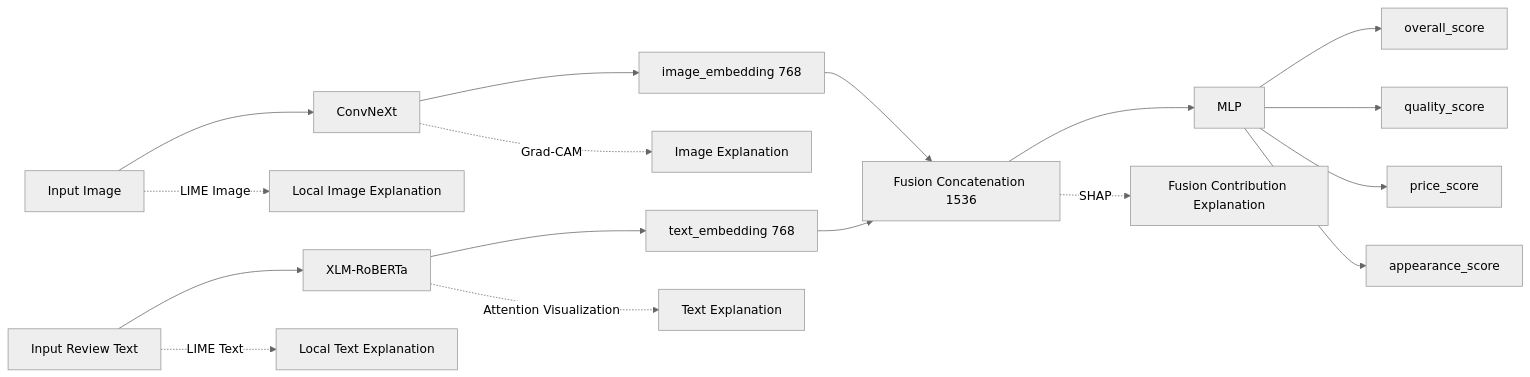
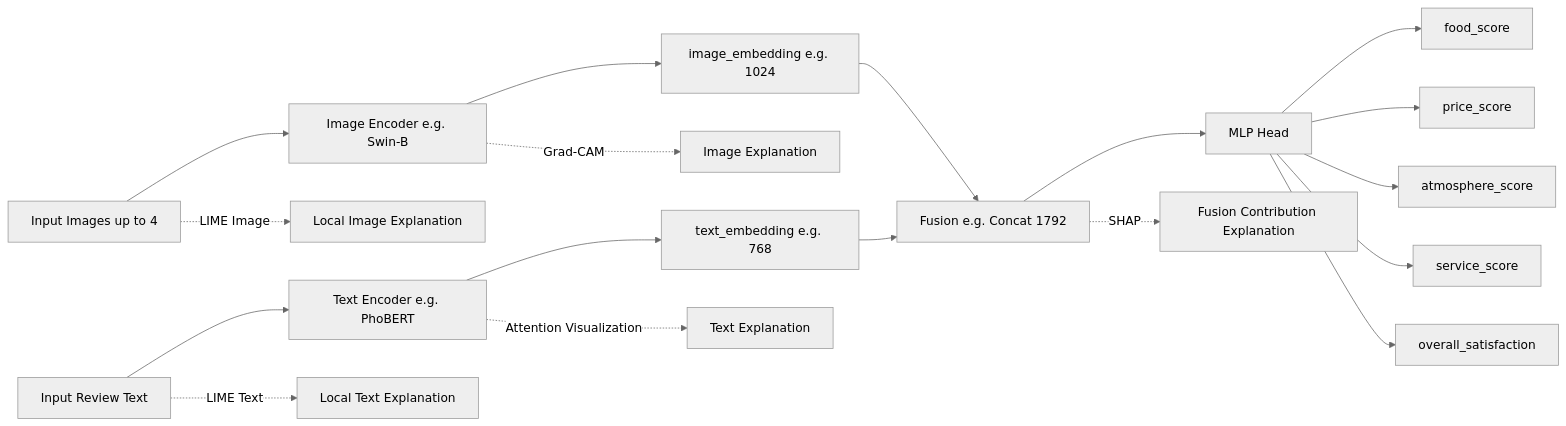
Before and after one commit to lechihoang/SE365: the first of 4 diagrams in doc/Explainable_AI_for_Multimodal_Product_Quality_Assessment.md, drawn with Mermaid (neutral theme). The commit also changed other lines of this file and 3 other files, not shown here.

````diff
--- a/doc/Explainable_AI_for_Multimodal_Product_Quality_Assessment.md
+++ b/doc/Explainable_AI_for_Multimodal_Product_Quality_Assessment.md
@@ -142,20 +149,21 @@
 ```mermaid
 flowchart LR
-    A[Input Image] --> B[ConvNeXt]
-    C[Input Review Text] --> D[XLM-RoBERTa]
-    B --> E[image_embedding 768]
-    D --> F[text_embedding 768]
-    E --> G[Fusion Concatenation 1536]
-    F --> G
-    G --> H[MLP]
-    H --> I[overall_score]
-    H --> J[quality_score]
-    H --> K[price_score]
-    H --> L[appearance_score]
+    A[Input Images up to 4] --> B[Image Encoder e.g. Swin-B]
+    C[Input Review Text] --> D[Text Encoder e.g. PhoBERT]
+    B --> E[image_embedding e.g. 1024]
+    D --> F[text_embedding e.g. 768]
+    F --> G[Fusion e.g. Concat 1792]
+    E --> G
+    G --> H[MLP Head]
+    H --> I[food_score]
+    H --> J[price_score]
+    H --> K[atmosphere_score]
+    H --> L[service_score]
+    H --> M[overall_satisfaction]
 
-    B -. Grad-CAM .-> M[Image Explanation]
-    D -. Attention Visualization .-> N[Text Explanation]
-    G -. SHAP .-> O[Fusion Contribution Explanation]
-    A -. LIME Image .-> P[Local Image Explanation]
-    C -. LIME Text .-> Q[Local Text Explanation]
+    B -. Grad-CAM .-> N[Image Explanation]
+    D -. Attention Visualization .-> O[Text Explanation]
+    G -. SHAP .-> P[Fusion Contribution Explanation]
+    A -. LIME Image .-> Q[Local Image Explanation]
+    C -. LIME Text .-> R[Local Text Explanation]
 ```
````
